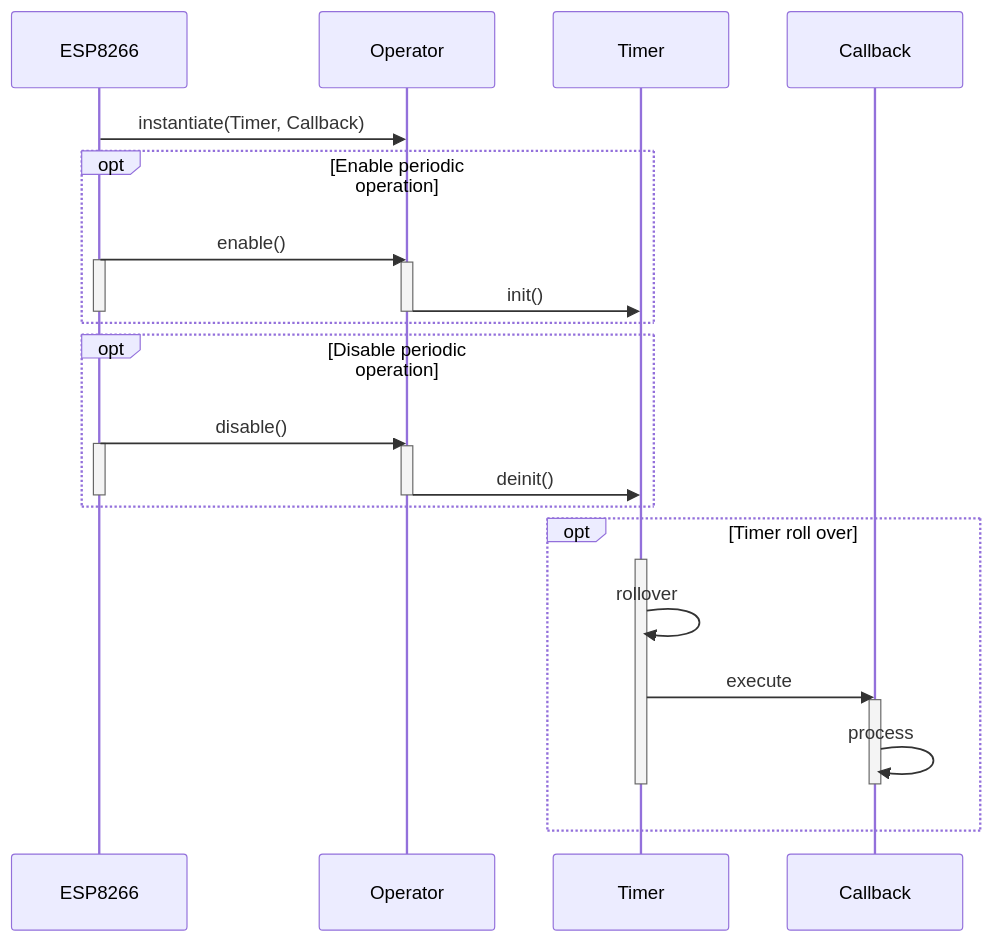
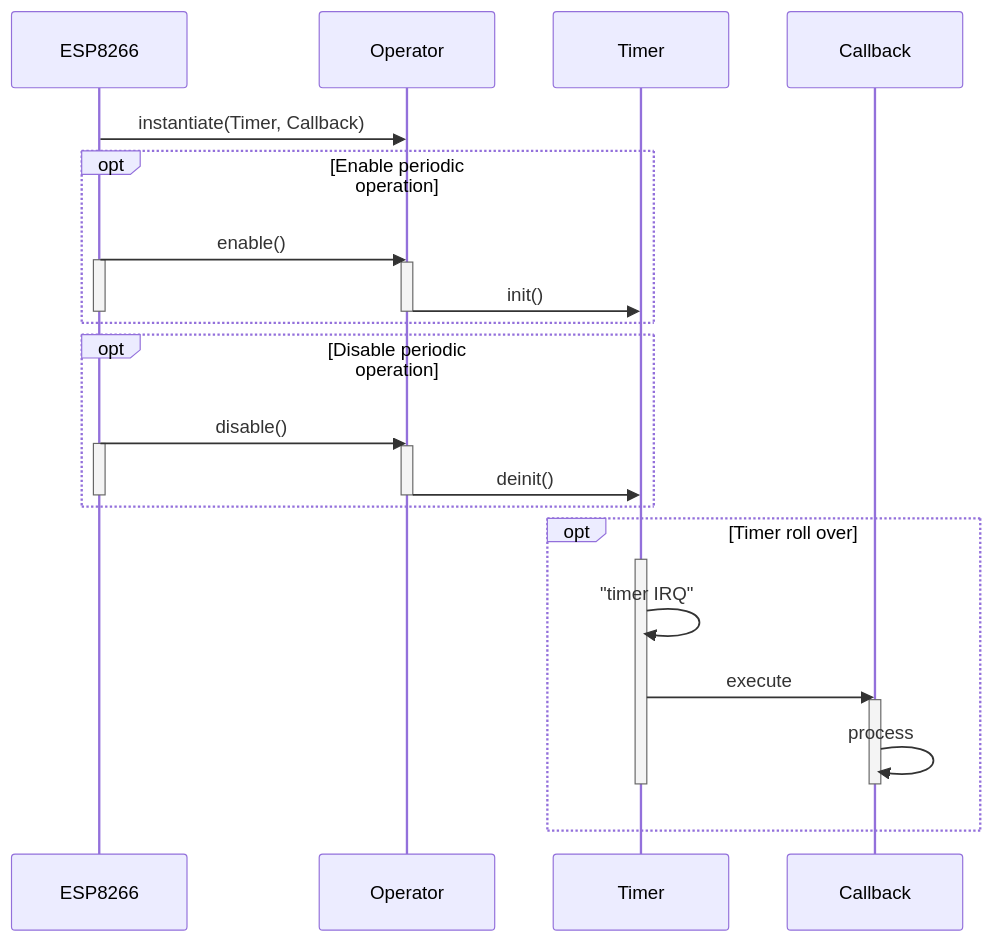
The sixth of 6 diagrams in README.md (freemansoft/ESP8266-MicroPython), drawn with Mermaid before and after one commit. The commit also changed other lines of this file and 2 other files, not shown here.

Commit message:
Added fake timer class to test UI on dev machine

````diff
--- a/README.md
+++ b/README.md
@@ -233,36 +244,36 @@
 ```mermaid
 sequenceDiagram
     participant ESP8266
     participant Operator
     participant Timer
     participant Callback
 
     ESP8266 ->>Operator: instantiate(Timer, Callback)
 
     opt Enable periodic operation
         ESP8266->>Operator: enable()
         activate ESP8266
         activate Operator
         Operator->>Timer: init()
         deactivate Operator
         deactivate ESP8266
     end
     opt Disable periodic operation
         ESP8266->>Operator: disable()
         activate ESP8266
         activate Operator
         Operator->>Timer: deinit()
         deactivate Operator
         deactivate ESP8266
     end
     opt Timer roll over
         activate Timer
-        Timer ->>Timer: rollover
+        Timer ->>Timer: "timer IRQ"
         Timer->>Callback: execute
         activate Callback
         Callback ->> Callback: process
         deactivate Callback
         deactivate Timer
     end
 
 ```
````
